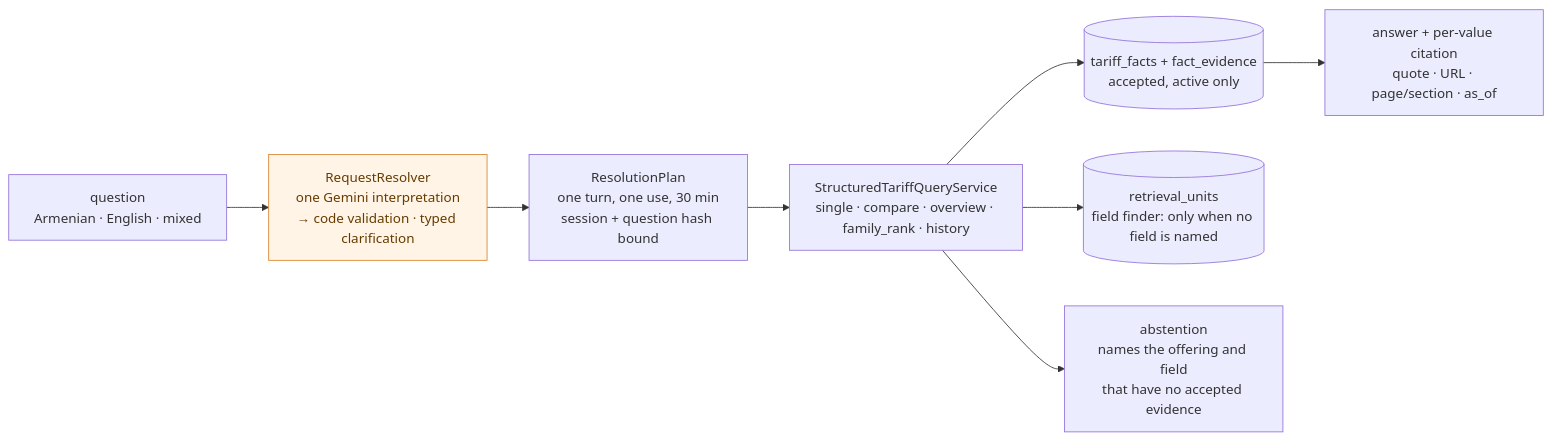
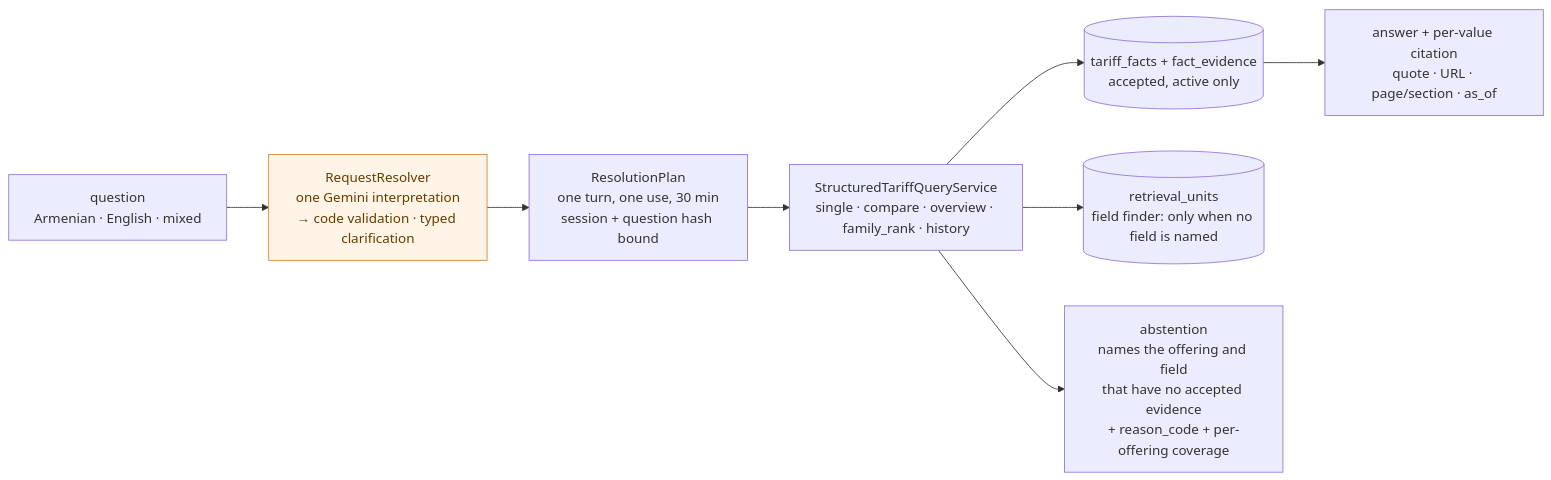
The fourth of 4 diagrams in docs/architecture-diagram.md (celineFar/bank-tariff-monitoring-agent), drawn with Mermaid before and after one commit. The commit also changed other lines of this file and 16 other files, not shown here.

````diff
--- a/docs/architecture-diagram.md
+++ b/docs/architecture-diagram.md
@@ -199,20 +208,20 @@
 ```mermaid
 flowchart LR
     Q["question<br/>Armenian · English · mixed"]
     R["RequestResolver<br/>one Gemini interpretation<br/>→ code validation · typed clarification"]
     P["ResolutionPlan<br/>one turn, one use, 30 min<br/>session + question hash bound"]
     SVC["StructuredTariffQueryService<br/>single · compare · overview · family_rank · history"]
     F[("tariff_facts + fact_evidence<br/>accepted, active only")]
     U[("retrieval_units<br/>field finder: only when no field is named")]
     ANSWER["answer + per-value citation<br/>quote · URL · page/section · as_of"]
-    ABSTAIN["abstention<br/>names the offering and field<br/>that have no accepted evidence"]
+    ABSTAIN["abstention<br/>names the offering and field<br/>that have no accepted evidence<br/>+ reason_code + per-offering coverage"]
 
     Q --> R --> P --> SVC
     SVC --> F
     SVC --> U
     F --> ANSWER
     SVC --> ABSTAIN
 
     classDef modelBox fill:#fff4e6,stroke:#d9822b,color:#663c00
     class R modelBox
 ```
````
